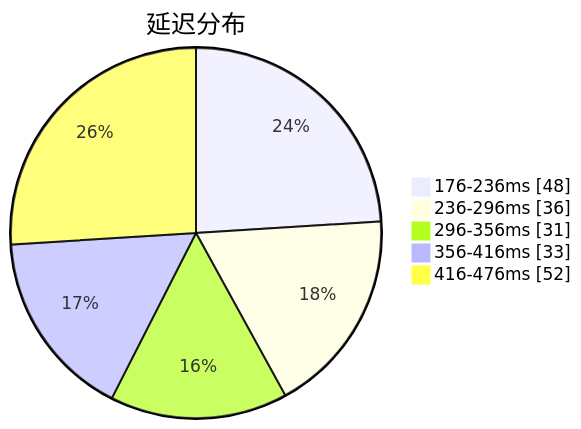
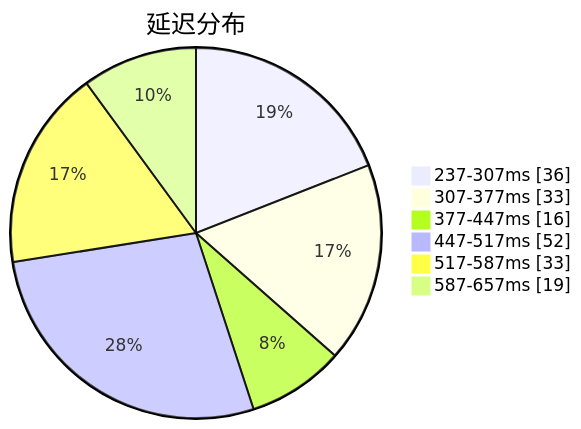
Before and after one commit to qjlxg/airport: the first of 3 diagrams in subs/statistics/tested_within.md, drawn with Mermaid. The commit also changed other lines of this file and 2 other files, not shown here.

````diff
--- a/subs/statistics/tested_within.md
+++ b/subs/statistics/tested_within.md
@@ -2,9 +2,10 @@
 ```mermaid
 pie showData
 title 延迟分布
-"176-236ms" : 48
-"236-296ms" : 36
-"296-356ms" : 31
-"356-416ms" : 33
-"416-476ms" : 52
+"237-307ms" : 36
+"307-377ms" : 33
+"377-447ms" : 16
+"447-517ms" : 52
+"517-587ms" : 33
+"587-657ms" : 19
 ```
````
